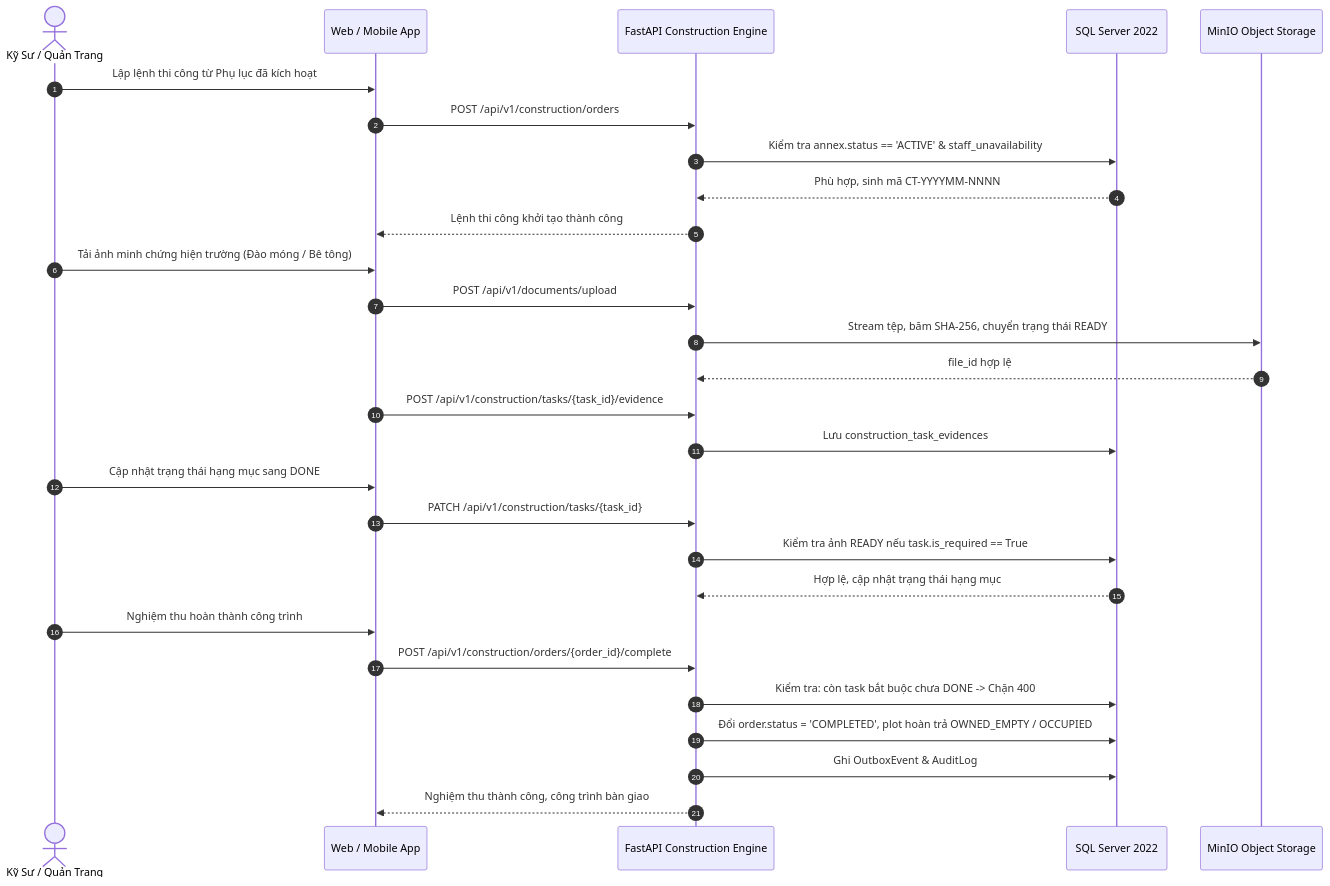
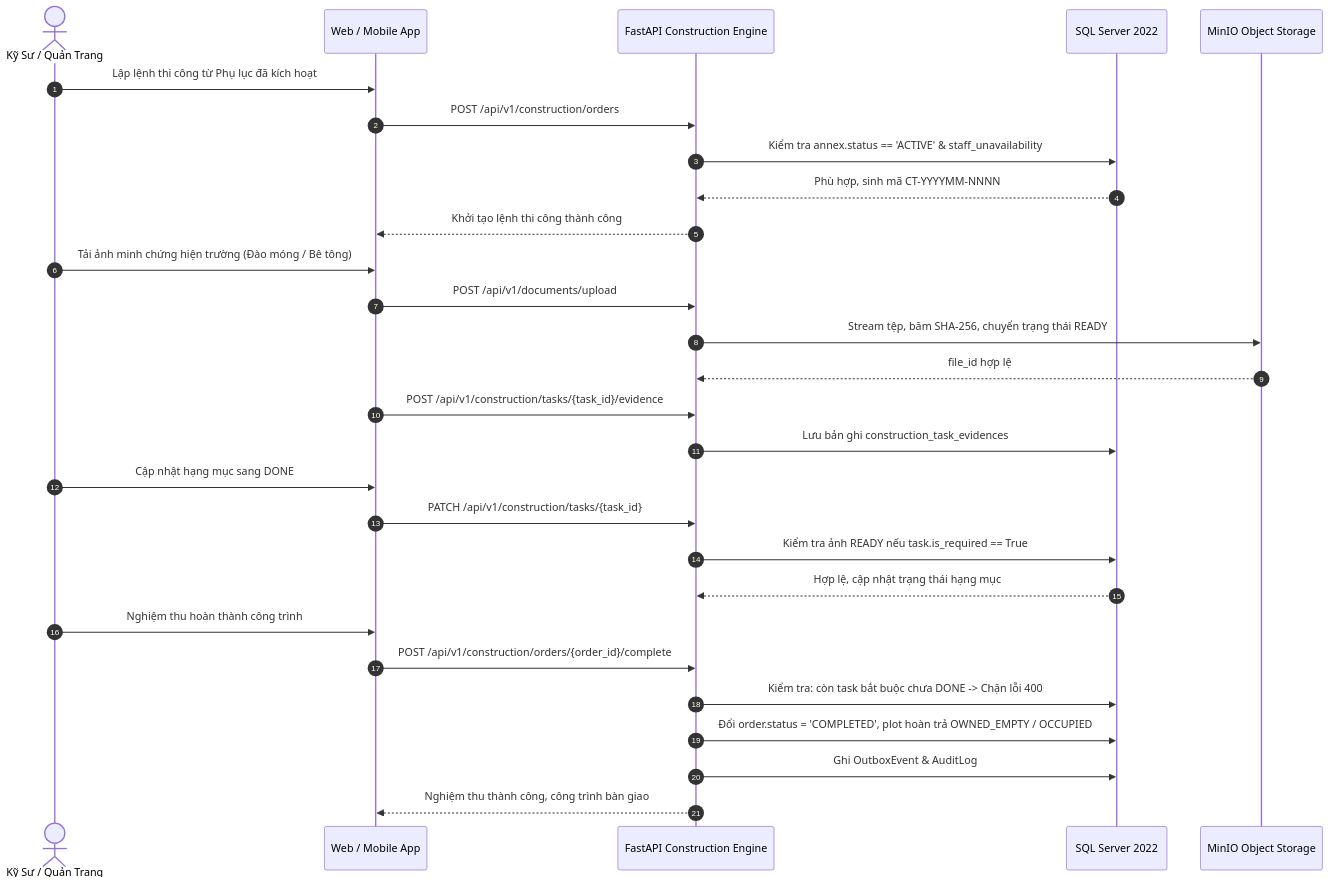
Before and after one commit to huyxuantruong1411/cemetery-management-system: the fourth of 6 diagrams in README.md, drawn with Mermaid. The commit also changed other lines of this file and 17 other files, not shown here.

````diff
--- a/README.md
+++ b/README.md
@@ -135,34 +169,34 @@
 ```mermaid
 sequenceDiagram
     autonumber
     actor NV as Kỹ Sư / Quản Trang
     participant App as Web / Mobile App
     participant API as FastAPI Construction Engine
     participant DB as SQL Server 2022
     participant S3 as MinIO Object Storage
 
     NV->>App: Lập lệnh thi công từ Phụ lục đã kích hoạt
     App->>API: POST /api/v1/construction/orders
     API->>DB: Kiểm tra annex.status == 'ACTIVE' & staff_unavailability
     DB-->>API: Phù hợp, sinh mã CT-YYYYMM-NNNN
-    API-->>App: Lệnh thi công khởi tạo thành công
+    API-->>App: Khởi tạo lệnh thi công thành công
 
     NV->>App: Tải ảnh minh chứng hiện trường (Đào móng / Bê tông)
     App->>API: POST /api/v1/documents/upload
     API->>S3: Stream tệp, băm SHA-256, chuyển trạng thái READY
     S3-->>API: file_id hợp lệ
     App->>API: POST /api/v1/construction/tasks/{task_id}/evidence
-    API->>DB: Lưu construction_task_evidences
+    API->>DB: Lưu bản ghi construction_task_evidences
 
-    NV->>App: Cập nhật trạng thái hạng mục sang DONE
+    NV->>App: Cập nhật hạng mục sang DONE
     App->>API: PATCH /api/v1/construction/tasks/{task_id}
     API->>DB: Kiểm tra ảnh READY nếu task.is_required == True
     DB-->>API: Hợp lệ, cập nhật trạng thái hạng mục
 
     NV->>App: Nghiệm thu hoàn thành công trình
     App->>API: POST /api/v1/construction/orders/{order_id}/complete
-    API->>DB: Kiểm tra: còn task bắt buộc chưa DONE -> Chặn 400
+    API->>DB: Kiểm tra: còn task bắt buộc chưa DONE -> Chặn lỗi 400
     API->>DB: Đổi order.status = 'COMPLETED', plot hoàn trả OWNED_EMPTY / OCCUPIED
     API->>DB: Ghi OutboxEvent & AuditLog
     API-->>App: Nghiệm thu thành công, công trình bàn giao
 ```
````
